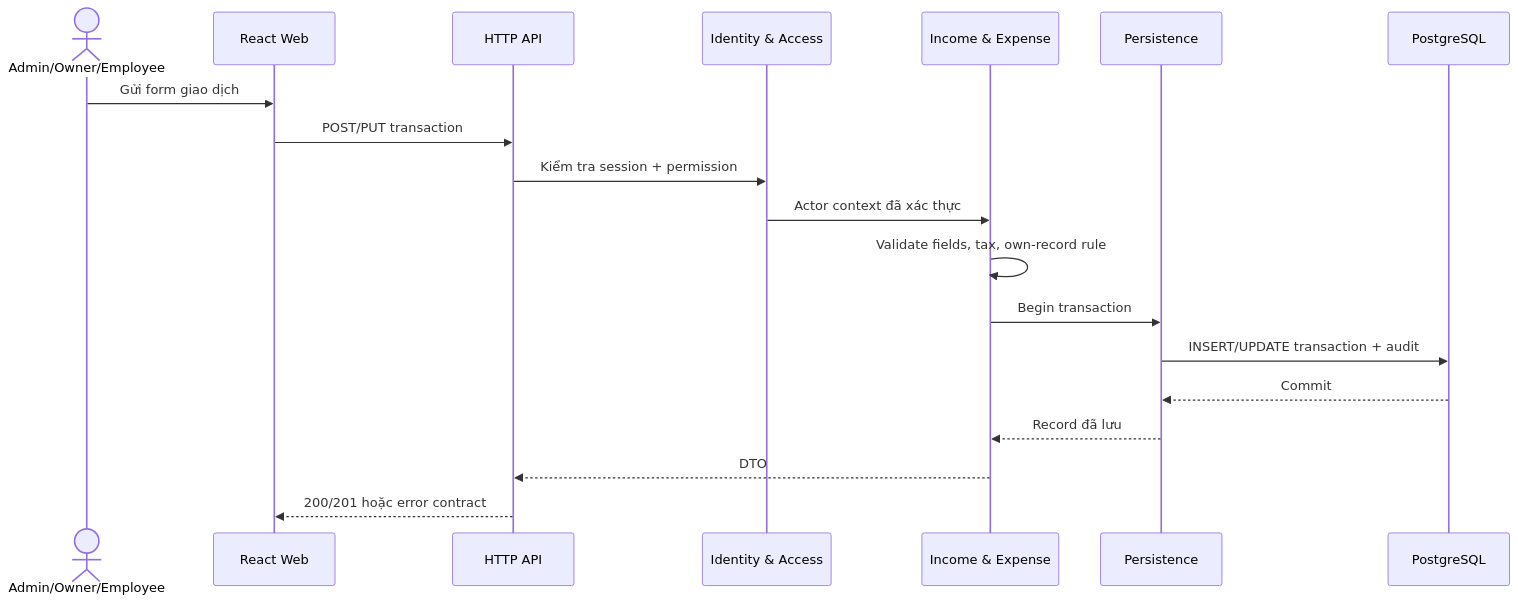
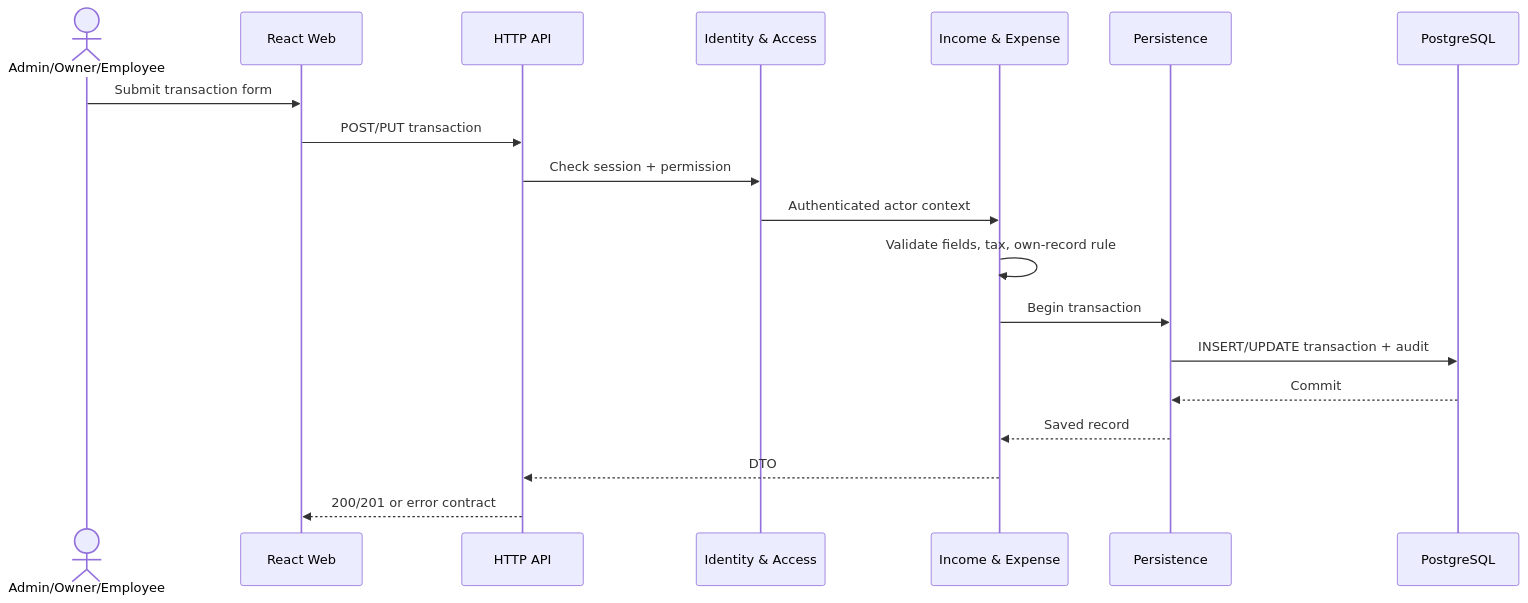
One commit to PhamHiep948/finance-manager changed the second of 4 diagrams in docs/architecture/arc42/06-runtime-view.md. Above: the diagram before and after it, drawn with Mermaid. The commit also changed other lines of this file and 16 other files, not shown here.

````diff
--- a/docs/architecture/arc42/06-runtime-view.md
+++ b/docs/architecture/arc42/06-runtime-view.md
@@ -29,21 +29,21 @@
 ```mermaid
 sequenceDiagram
     actor U as Admin/Owner/Employee
     participant W as React Web
     participant A as HTTP API
     participant I as Identity & Access
     participant L as Income & Expense
     participant R as Persistence
     participant D as PostgreSQL
-    U->>W: Gửi form giao dịch
+    U->>W: Submit transaction form
     W->>A: POST/PUT transaction
-    A->>I: Kiểm tra session + permission
-    I->>L: Actor context đã xác thực
+    A->>I: Check session + permission
+    I->>L: Authenticated actor context
     L->>L: Validate fields, tax, own-record rule
     L->>R: Begin transaction
     R->>D: INSERT/UPDATE transaction + audit
     D-->>R: Commit
-    R-->>L: Record đã lưu
+    R-->>L: Saved record
     L-->>A: DTO
-    A-->>W: 200/201 hoặc error contract
+    A-->>W: 200/201 or error contract
 ```
````
